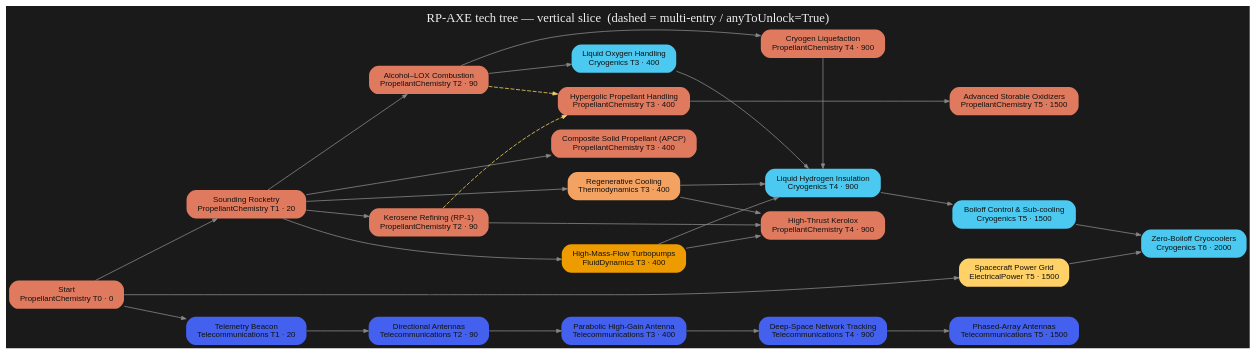
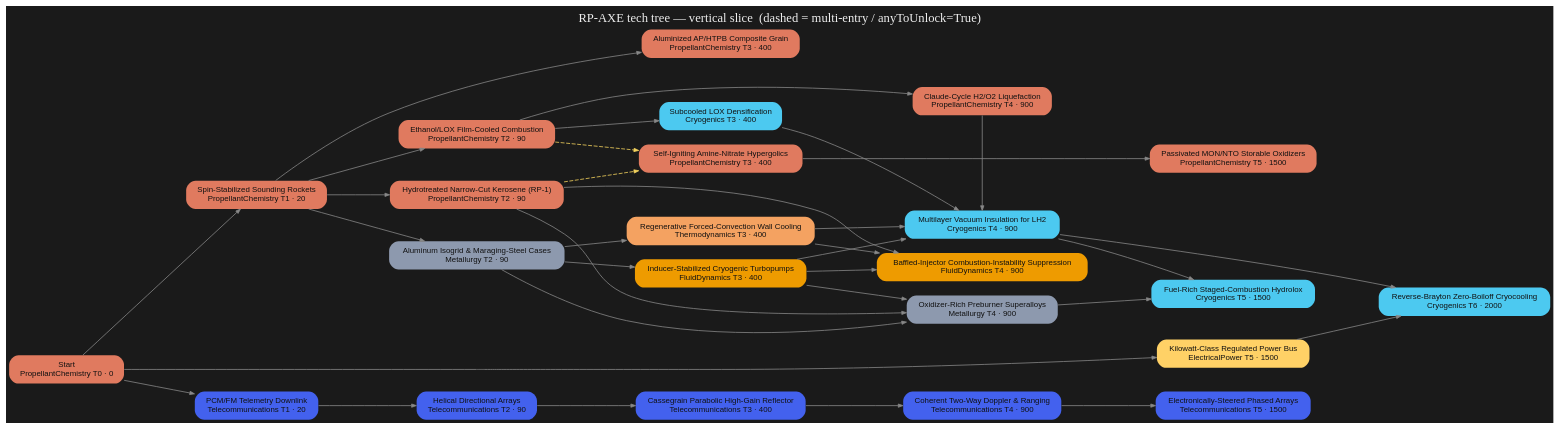
The diagram in tree/render/axe-tree.dot (miskoltrans/RP-AXE), drawn with Graphviz before and after one commit. The commit also changed 3 other files, not shown here.

```diff
--- a/tree/render/axe-tree.dot
+++ b/tree/render/axe-tree.dot
@@ -1,62 +1,69 @@
 digraph AXE {
   rankdir=LR; bgcolor="#1a1a1a"; nodesep=0.25; ranksep=1.1;
   node[shape=box,style="filled,rounded",fontname="Helvetica",fontsize=10,color="#00000000"];
   edge[color="#888888",arrowsize=0.6];
   "start" [label="Start\nPropellantChemistry T0 · 0",fillcolor="#e07a5f",fontcolor="#111111"];
-  "soundingRocketry" [label="Sounding Rocketry\nPropellantChemistry T1 · 20",fillcolor="#e07a5f",fontcolor="#111111"];
-  "pc_alcoholLox" [label="Alcohol–LOX Combustion\nPropellantChemistry T2 · 90",fillcolor="#e07a5f",fontcolor="#111111"];
-  "pc_keroseneRefining" [label="Kerosene Refining (RP-1)\nPropellantChemistry T2 · 90",fillcolor="#e07a5f",fontcolor="#111111"];
-  "pc_hypergolicHandling" [label="Hypergolic Propellant Handling\nPropellantChemistry T3 · 400",fillcolor="#e07a5f",fontcolor="#111111"];
-  "pc_compositeSolid" [label="Composite Solid Propellant (APCP)\nPropellantChemistry T3 · 400",fillcolor="#e07a5f",fontcolor="#111111"];
-  "pc_cryogenLiquefaction" [label="Cryogen Liquefaction\nPropellantChemistry T4 · 900",fillcolor="#e07a5f",fontcolor="#111111"];
-  "pc_highThrustKerolox" [label="High-Thrust Kerolox\nPropellantChemistry T4 · 900",fillcolor="#e07a5f",fontcolor="#111111"];
-  "pc_advancedOxidizers" [label="Advanced Storable Oxidizers\nPropellantChemistry T5 · 1500",fillcolor="#e07a5f",fontcolor="#111111"];
-  "cryo_loxHandling" [label="Liquid Oxygen Handling\nCryogenics T3 · 400",fillcolor="#4cc9f0",fontcolor="#111111"];
-  "cryo_lh2Insulation" [label="Liquid Hydrogen Insulation\nCryogenics T4 · 900",fillcolor="#4cc9f0",fontcolor="#111111"];
-  "cryo_boiloffControl" [label="Boiloff Control & Sub-cooling\nCryogenics T5 · 1500",fillcolor="#4cc9f0",fontcolor="#111111"];
-  "cryo_zbo" [label="Zero-Boiloff Cryocoolers\nCryogenics T6 · 2000",fillcolor="#4cc9f0",fontcolor="#111111"];
-  "tel_telemetry" [label="Telemetry Beacon\nTelecommunications T1 · 20",fillcolor="#4361ee",fontcolor="#111111"];
-  "tel_directional" [label="Directional Antennas\nTelecommunications T2 · 90",fillcolor="#4361ee",fontcolor="#111111"];
-  "tel_parabolicHGA" [label="Parabolic High-Gain Antenna\nTelecommunications T3 · 400",fillcolor="#4361ee",fontcolor="#111111"];
-  "tel_deepSpaceNet" [label="Deep-Space Network Tracking\nTelecommunications T4 · 900",fillcolor="#4361ee",fontcolor="#111111"];
-  "tel_phasedArray" [label="Phased-Array Antennas\nTelecommunications T5 · 1500",fillcolor="#4361ee",fontcolor="#111111"];
-  "ext_turbopumps" [label="High-Mass-Flow Turbopumps\nFluidDynamics T3 · 400",fillcolor="#ee9b00",fontcolor="#111111"];
-  "ext_regenCooling" [label="Regenerative Cooling\nThermodynamics T3 · 400",fillcolor="#f4a261",fontcolor="#111111"];
-  "ext_powerGrid" [label="Spacecraft Power Grid\nElectricalPower T5 · 1500",fillcolor="#ffd166",fontcolor="#111111"];
+  "soundingRocketry" [label="Spin-Stabilized Sounding Rockets\nPropellantChemistry T1 · 20",fillcolor="#e07a5f",fontcolor="#111111"];
+  "pc_ethanolLox" [label="Ethanol/LOX Film-Cooled Combustion\nPropellantChemistry T2 · 90",fillcolor="#e07a5f",fontcolor="#111111"];
+  "pc_keroseneHydrotreating" [label="Hydrotreated Narrow-Cut Kerosene (RP-1)\nPropellantChemistry T2 · 90",fillcolor="#e07a5f",fontcolor="#111111"];
+  "pc_apcpGrain" [label="Aluminized AP/HTPB Composite Grain\nPropellantChemistry T3 · 400",fillcolor="#e07a5f",fontcolor="#111111"];
+  "pc_hypergolicChemistry" [label="Self-Igniting Amine-Nitrate Hypergolics\nPropellantChemistry T3 · 400",fillcolor="#e07a5f",fontcolor="#111111"];
+  "pc_cryoLiquefaction" [label="Claude-Cycle H2/O2 Liquefaction\nPropellantChemistry T4 · 900",fillcolor="#e07a5f",fontcolor="#111111"];
+  "pc_storableOxidizers" [label="Passivated MON/NTO Storable Oxidizers\nPropellantChemistry T5 · 1500",fillcolor="#e07a5f",fontcolor="#111111"];
+  "met_earlyAlloys" [label="Aluminum Isogrid & Maraging-Steel Cases\nMetallurgy T2 · 90",fillcolor="#8d99ae",fontcolor="#111111"];
+  "met_oxRichSuperalloys" [label="Oxidizer-Rich Preburner Superalloys\nMetallurgy T4 · 900",fillcolor="#8d99ae",fontcolor="#111111"];
+  "fd_turbopumps" [label="Inducer-Stabilized Cryogenic Turbopumps\nFluidDynamics T3 · 400",fillcolor="#ee9b00",fontcolor="#111111"];
+  "fd_combustionStability" [label="Baffled-Injector Combustion-Instability Suppression\nFluidDynamics T4 · 900",fillcolor="#ee9b00",fontcolor="#111111"];
+  "th_regenCooling" [label="Regenerative Forced-Convection Wall Cooling\nThermodynamics T3 · 400",fillcolor="#f4a261",fontcolor="#111111"];
+  "cryo_loxHandling" [label="Subcooled LOX Densification\nCryogenics T3 · 400",fillcolor="#4cc9f0",fontcolor="#111111"];
+  "cryo_lh2Insulation" [label="Multilayer Vacuum Insulation for LH2\nCryogenics T4 · 900",fillcolor="#4cc9f0",fontcolor="#111111"];
+  "cryo_stagedHydrolox" [label="Fuel-Rich Staged-Combustion Hydrolox\nCryogenics T5 · 1500",fillcolor="#4cc9f0",fontcolor="#111111"];
+  "cryo_zbo" [label="Reverse-Brayton Zero-Boiloff Cryocooling\nCryogenics T6 · 2000",fillcolor="#4cc9f0",fontcolor="#111111"];
+  "tel_pcmTelemetry" [label="PCM/FM Telemetry Downlink\nTelecommunications T1 · 20",fillcolor="#4361ee",fontcolor="#111111"];
+  "tel_helicalDirectional" [label="Helical Directional Arrays\nTelecommunications T2 · 90",fillcolor="#4361ee",fontcolor="#111111"];
+  "tel_cassegrainHGA" [label="Cassegrain Parabolic High-Gain Reflector\nTelecommunications T3 · 400",fillcolor="#4361ee",fontcolor="#111111"];
+  "tel_dsnRanging" [label="Coherent Two-Way Doppler & Ranging\nTelecommunications T4 · 900",fillcolor="#4361ee",fontcolor="#111111"];
+  "tel_phasedArray" [label="Electronically-Steered Phased Arrays\nTelecommunications T5 · 1500",fillcolor="#4361ee",fontcolor="#111111"];
+  "ext_powerGrid" [label="Kilowatt-Class Regulated Power Bus\nElectricalPower T5 · 1500",fillcolor="#ffd166",fontcolor="#111111"];
   { rank=same; "start" }
-  { rank=same; "soundingRocketry" "tel_telemetry" }
-  { rank=same; "pc_alcoholLox" "pc_keroseneRefining" "tel_directional" }
-  { rank=same; "pc_hypergolicHandling" "pc_compositeSolid" "cryo_loxHandling" "tel_parabolicHGA" "ext_turbopumps" "ext_regenCooling" }
-  { rank=same; "pc_cryogenLiquefaction" "pc_highThrustKerolox" "cryo_lh2Insulation" "tel_deepSpaceNet" }
-  { rank=same; "pc_advancedOxidizers" "cryo_boiloffControl" "tel_phasedArray" "ext_powerGrid" }
+  { rank=same; "soundingRocketry" "tel_pcmTelemetry" }
+  { rank=same; "pc_ethanolLox" "pc_keroseneHydrotreating" "met_earlyAlloys" "tel_helicalDirectional" }
+  { rank=same; "pc_apcpGrain" "pc_hypergolicChemistry" "fd_turbopumps" "th_regenCooling" "cryo_loxHandling" "tel_cassegrainHGA" }
+  { rank=same; "pc_cryoLiquefaction" "met_oxRichSuperalloys" "fd_combustionStability" "cryo_lh2Insulation" "tel_dsnRanging" }
+  { rank=same; "pc_storableOxidizers" "cryo_stagedHydrolox" "tel_phasedArray" "ext_powerGrid" }
   { rank=same; "cryo_zbo" }
   "start" -> "soundingRocketry" [style=solid];
-  "soundingRocketry" -> "pc_alcoholLox" [style=solid];
-  "soundingRocketry" -> "pc_keroseneRefining" [style=solid];
-  "pc_alcoholLox" -> "pc_hypergolicHandling" [style=dashed,color="#f4d35e"];
-  "pc_keroseneRefining" -> "pc_hypergolicHandling" [style=dashed,color="#f4d35e"];
-  "soundingRocketry" -> "pc_compositeSolid" [style=solid];
-  "pc_alcoholLox" -> "pc_cryogenLiquefaction" [style=solid];
-  "pc_keroseneRefining" -> "pc_highThrustKerolox" [style=solid];
-  "ext_turbopumps" -> "pc_highThrustKerolox" [style=solid];
-  "ext_regenCooling" -> "pc_highThrustKerolox" [style=solid];
-  "pc_hypergolicHandling" -> "pc_advancedOxidizers" [style=solid];
-  "pc_alcoholLox" -> "cryo_loxHandling" [style=solid];
+  "soundingRocketry" -> "pc_ethanolLox" [style=solid];
+  "soundingRocketry" -> "pc_keroseneHydrotreating" [style=solid];
+  "soundingRocketry" -> "pc_apcpGrain" [style=solid];
+  "pc_ethanolLox" -> "pc_hypergolicChemistry" [style=dashed,color="#f4d35e"];
+  "pc_keroseneHydrotreating" -> "pc_hypergolicChemistry" [style=dashed,color="#f4d35e"];
+  "pc_ethanolLox" -> "pc_cryoLiquefaction" [style=solid];
+  "pc_hypergolicChemistry" -> "pc_storableOxidizers" [style=solid];
+  "soundingRocketry" -> "met_earlyAlloys" [style=solid];
+  "met_earlyAlloys" -> "met_oxRichSuperalloys" [style=solid];
+  "fd_turbopumps" -> "met_oxRichSuperalloys" [style=solid];
+  "pc_keroseneHydrotreating" -> "met_oxRichSuperalloys" [style=solid];
+  "met_earlyAlloys" -> "fd_turbopumps" [style=solid];
+  "pc_keroseneHydrotreating" -> "fd_combustionStability" [style=solid];
+  "fd_turbopumps" -> "fd_combustionStability" [style=solid];
+  "th_regenCooling" -> "fd_combustionStability" [style=solid];
+  "met_earlyAlloys" -> "th_regenCooling" [style=solid];
+  "pc_ethanolLox" -> "cryo_loxHandling" [style=solid];
   "cryo_loxHandling" -> "cryo_lh2Insulation" [style=solid];
-  "pc_cryogenLiquefaction" -> "cryo_lh2Insulation" [style=solid];
-  "ext_turbopumps" -> "cryo_lh2Insulation" [style=solid];
-  "ext_regenCooling" -> "cryo_lh2Insulation" [style=solid];
-  "cryo_lh2Insulation" -> "cryo_boiloffControl" [style=solid];
-  "cryo_boiloffControl" -> "cryo_zbo" [style=solid];
+  "pc_cryoLiquefaction" -> "cryo_lh2Insulation" [style=solid];
+  "fd_turbopumps" -> "cryo_lh2Insulation" [style=solid];
+  "th_regenCooling" -> "cryo_lh2Insulation" [style=solid];
+  "cryo_lh2Insulation" -> "cryo_stagedHydrolox" [style=solid];
+  "met_oxRichSuperalloys" -> "cryo_stagedHydrolox" [style=solid];
+  "cryo_lh2Insulation" -> "cryo_zbo" [style=solid];
   "ext_powerGrid" -> "cryo_zbo" [style=solid];
-  "start" -> "tel_telemetry" [style=solid];
-  "tel_telemetry" -> "tel_directional" [style=solid];
-  "tel_directional" -> "tel_parabolicHGA" [style=solid];
-  "tel_parabolicHGA" -> "tel_deepSpaceNet" [style=solid];
-  "tel_deepSpaceNet" -> "tel_phasedArray" [style=solid];
-  "soundingRocketry" -> "ext_turbopumps" [style=solid];
-  "soundingRocketry" -> "ext_regenCooling" [style=solid];
+  "start" -> "tel_pcmTelemetry" [style=solid];
+  "tel_pcmTelemetry" -> "tel_helicalDirectional" [style=solid];
+  "tel_helicalDirectional" -> "tel_cassegrainHGA" [style=solid];
+  "tel_cassegrainHGA" -> "tel_dsnRanging" [style=solid];
+  "tel_dsnRanging" -> "tel_phasedArray" [style=solid];
   "start" -> "ext_powerGrid" [style=solid];
   labelloc="t"; fontcolor="#eeeeee"; fontsize=16;
   label="RP-AXE tech tree — vertical slice  (dashed = multi-entry / anyToUnlock=True)";
 }
```
